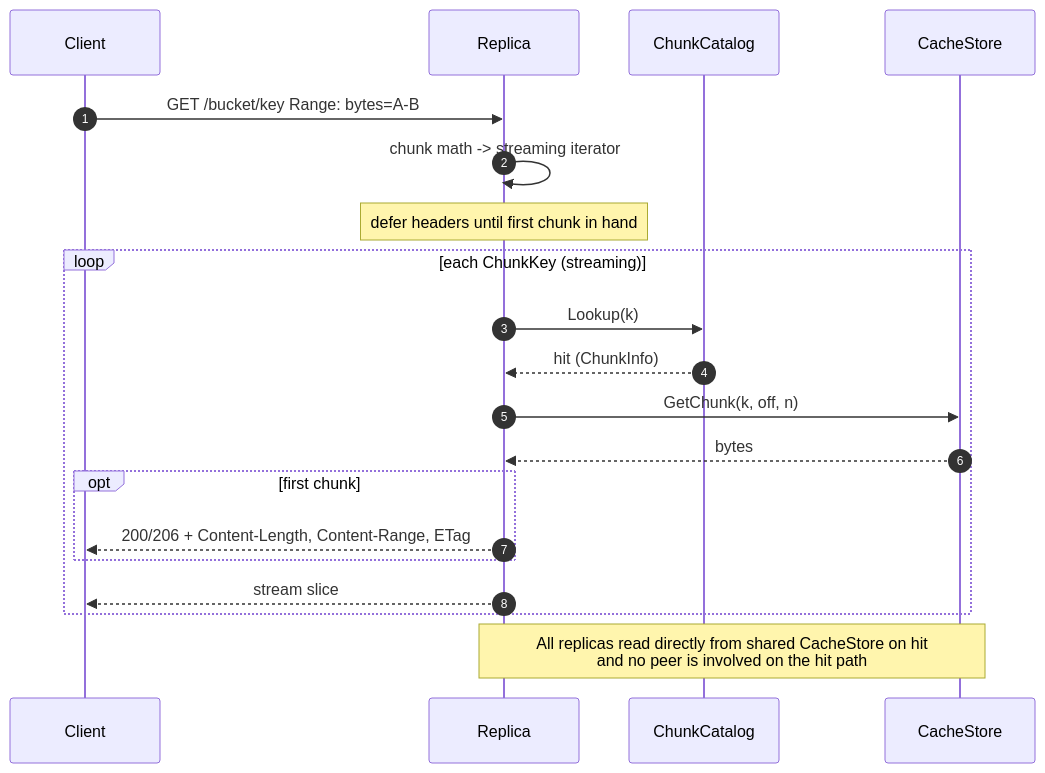
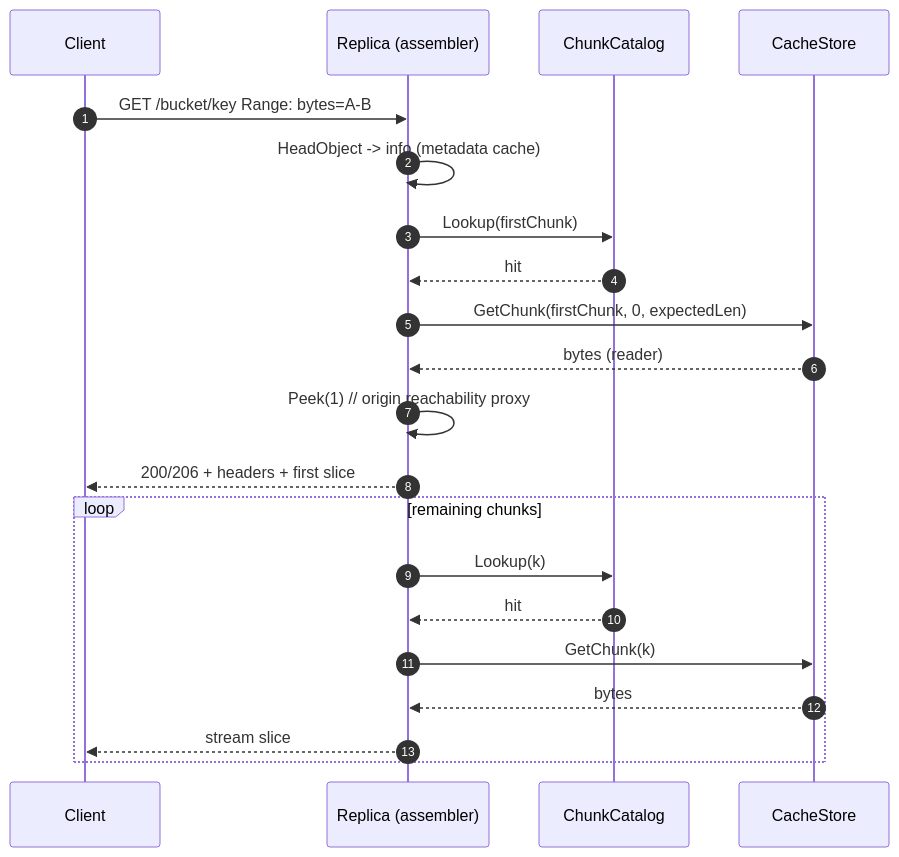
Before and after one commit to Azure/unbounded: the third of 7 diagrams in design/orca/design.md, drawn with Mermaid. The commit also changed other lines of this file and 5 other files, not shown here.

````diff
--- a/design/orca/design.md
+++ b/design/orca/design.md
@@ -501,22 +329,23 @@
 ```mermaid
 sequenceDiagram
     autonumber
     participant C as Client
-    participant R as Replica
+    participant R as Replica (assembler)
     participant Cat as ChunkCatalog
     participant CS as CacheStore
     C->>R: GET /bucket/key Range: bytes=A-B
-    R->>R: chunk math -> streaming iterator
-    Note over R: defer headers until first chunk in hand
-    loop each ChunkKey (streaming)
+    R->>R: HeadObject -> info (metadata cache)
+    R->>Cat: Lookup(firstChunk)
+    Cat-->>R: hit
+    R->>CS: GetChunk(firstChunk, 0, expectedLen)
+    CS-->>R: bytes (reader)
+    R->>R: Peek(1)  // origin reachability proxy
+    R-->>C: 200/206 + headers + first slice
+    loop remaining chunks
         R->>Cat: Lookup(k)
-        Cat-->>R: hit (ChunkInfo)
-        R->>CS: GetChunk(k, off, n)
+        Cat-->>R: hit
+        R->>CS: GetChunk(k)
         CS-->>R: bytes
-        opt first chunk
-            R-->>C: 200/206 + Content-Length, Content-Range, ETag
-        end
         R-->>C: stream slice
     end
-    Note over R,CS: All replicas read directly from shared CacheStore on hit<br/>and no peer is involved on the hit path
 ```
````
